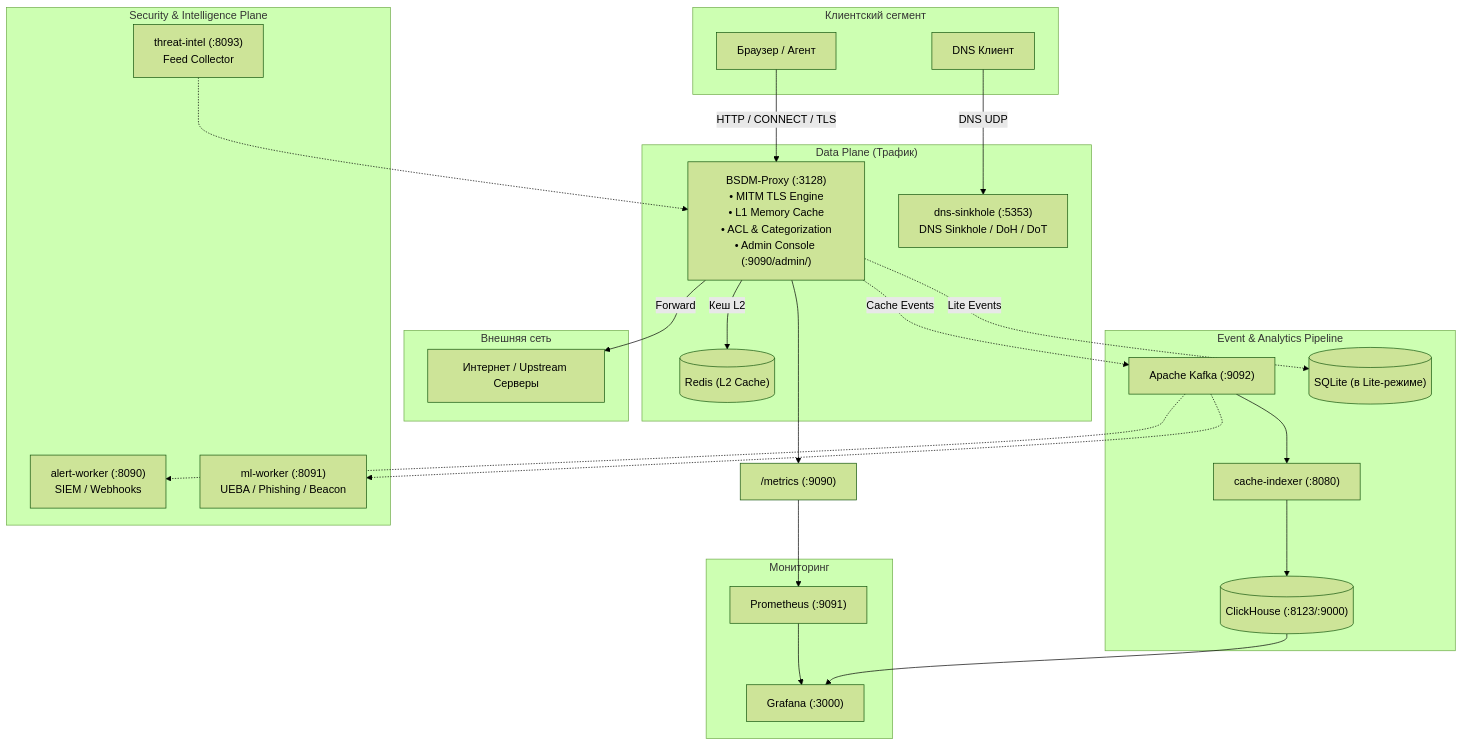
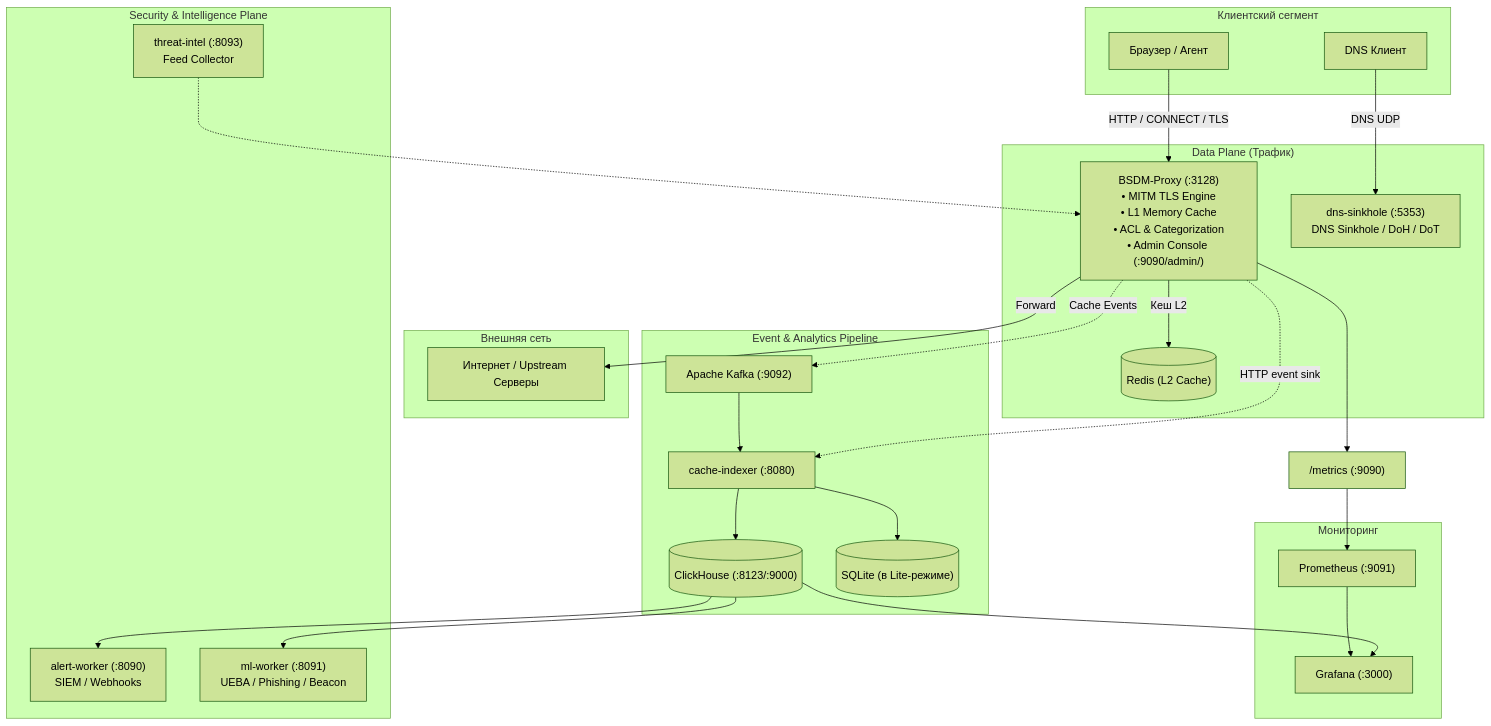
The diagram in README.md (onixus/bsdm-proxy), drawn with Mermaid (forest theme) before and after one commit. The commit also changed other lines of this file and 42 other files, not shown here.

````diff
--- a/README.md
+++ b/README.md
@@ -96,53 +97,54 @@
 ```mermaid
 flowchart TB
     subgraph Clients["Клиентский сегмент"]
         Browser["Браузер / Агент"]
         DNSClient["DNS Клиент"]
     end
 
     subgraph DataPlane["Data Plane (Трафик)"]
         Proxy["BSDM-Proxy (:3128)\n• MITM TLS Engine\n• L1 Memory Cache\n• ACL & Categorization\n• Admin Console (:9090/admin/)"]
         DNSSink["dns-sinkhole (:5353)\nDNS Sinkhole / DoH / DoT"]
         Redis[("Redis (L2 Cache)")]
     end
 
     subgraph UpstreamNet["Внешняя сеть"]
         Internet["Интернет / Upstream Серверы"]
     end
 
     subgraph EventStream["Event & Analytics Pipeline"]
         Kafka["Apache Kafka (:9092)"]
         Indexer["cache-indexer (:8080)"]
         ClickHouse[("ClickHouse (:8123/:9000)")]
         SQLite[("SQLite (в Lite-режиме)")]
     end
 
     subgraph SecurityPlane["Security & Intelligence Plane"]
         Alerts["alert-worker (:8090)\nSIEM / Webhooks"]
         ML["ml-worker (:8091)\nUEBA / Phishing / Beacon"]
         ThreatIntel["threat-intel (:8093)\nFeed Collector"]
     end
 
     subgraph Observability["Мониторинг"]
         Prometheus["Prometheus (:9091)"]
         Grafana["Grafana (:3000)"]
     end
 
     Browser -->|HTTP / CONNECT / TLS| Proxy
     DNSClient -->|DNS UDP| DNSSink
     Proxy -->|Кеш L2| Redis
     Proxy -->|Forward| Internet
     Proxy -.->|Cache Events| Kafka
     Kafka --> Indexer
     Indexer --> ClickHouse
-    Proxy -.->|Lite Events| SQLite
+    Proxy -.->|HTTP event sink| Indexer
+    Indexer --> SQLite
 
-    Kafka -.-> Alerts
-    Kafka -.-> ML
+    ClickHouse --> Alerts
+    ClickHouse --> ML
     ThreatIntel -.-> Proxy
 
     Proxy --> PromMetrics["/metrics (:9090)"]
     PromMetrics --> Prometheus
     Prometheus --> Grafana
     ClickHouse --> Grafana
 ```
````
